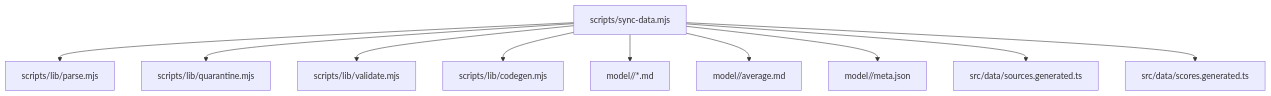
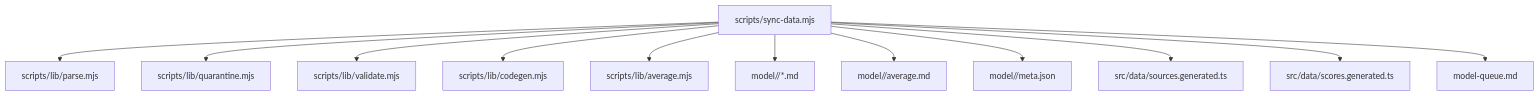
One commit to delirium-dj/modelcomp changed the first of 9 diagrams in .qoder/repowiki/en/content/Data Management System/Data Synchronization Pipeline/Sync Script Overview.md. Above: the diagram before and after it, drawn with Mermaid. The commit also changed other lines of this file and 162 other files, not shown here.

````diff
--- a/.qoder/repowiki/en/content/Data Management System/Data Synchronization Pipeline/Sync Script Overview.md
+++ b/.qoder/repowiki/en/content/Data Management System/Data Synchronization Pipeline/Sync Script Overview.md
@@ -43,12 +55,14 @@
 ```mermaid
 graph TB
 A["scripts/sync-data.mjs"] --> B["scripts/lib/parse.mjs"]
 A --> C["scripts/lib/quarantine.mjs"]
 A --> D["scripts/lib/validate.mjs"]
 A --> E["scripts/lib/codegen.mjs"]
-A --> F["model/<slug>/*.md"]
-A --> G["model/<slug>/average.md"]
-A --> H["model/<slug>/meta.json"]
-A --> I["src/data/sources.generated.ts"]
-A --> J["src/data/scores.generated.ts"]
+A --> F["scripts/lib/average.mjs"]
+A --> G["model/<slug>/*.md"]
+A --> H["model/<slug>/average.md"]
+A --> I["model/<slug>/meta.json"]
+A --> J["src/data/sources.generated.ts"]
+A --> K["src/data/scores.generated.ts"]
+A --> L["model-queue.md"]
 ```
````
